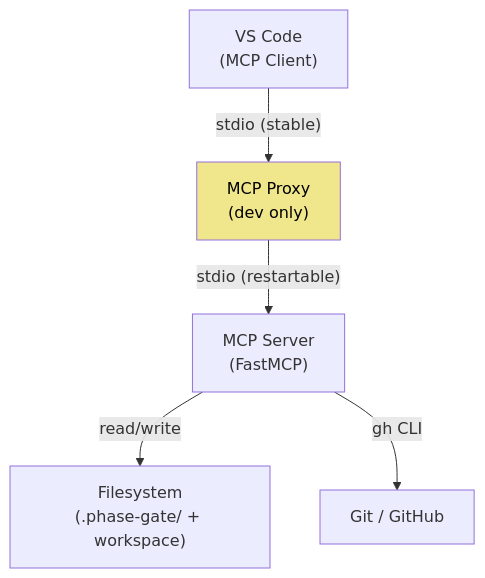
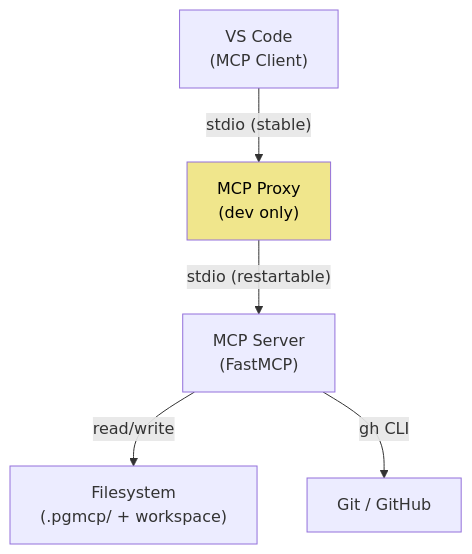
One commit to MikeyVK/phase-gate-mcp changed the second of 2 diagrams in docs/manuals/architectural_diagrams/00_system_context.md. Above: the diagram before and after it, drawn with Mermaid. The commit also changed other lines of this file and 15 other files, not shown here.

````diff
--- a/docs/manuals/architectural_diagrams/00_system_context.md
+++ b/docs/manuals/architectural_diagrams/00_system_context.md
@@ -51,15 +51,15 @@
 ```mermaid
 graph TD
     VSCode["VS Code<br/>(MCP Client)"]
     Proxy["MCP Proxy<br/>(dev only)"]
     Server["MCP Server<br/>(FastMCP)"]
     Git["Git / GitHub"]
-    FS["Filesystem<br/>(.phase-gate/ + workspace)"]
+    FS["Filesystem<br/>(.pgmcp/ + workspace)"]
 
     VSCode -->|"stdio (stable)"| Proxy
     Proxy -->|"stdio (restartable)"| Server
     Server -->|"read/write"| FS
     Server -->|"gh CLI"| Git
 
     style Proxy fill:#f0e68c,color:#000
 ```
````
